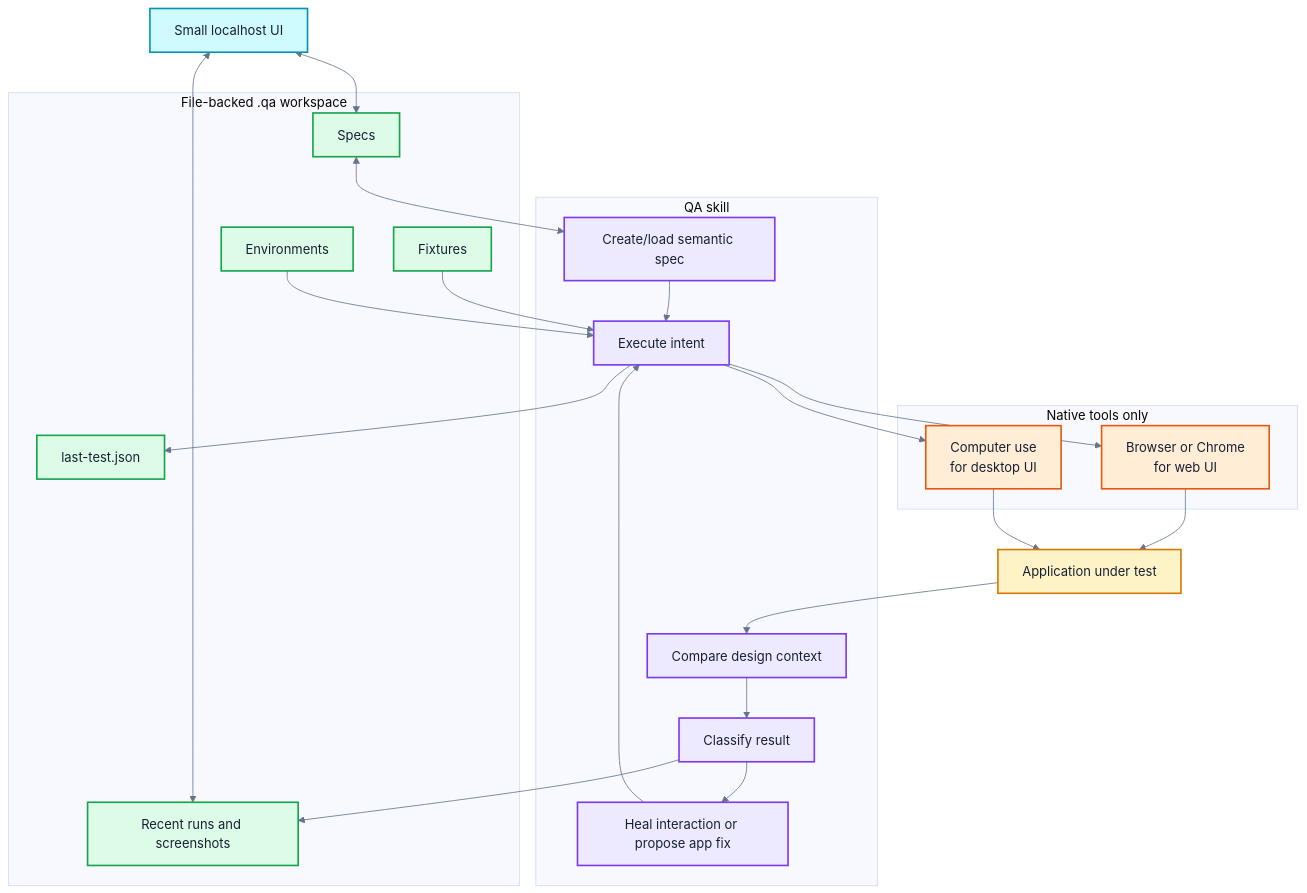
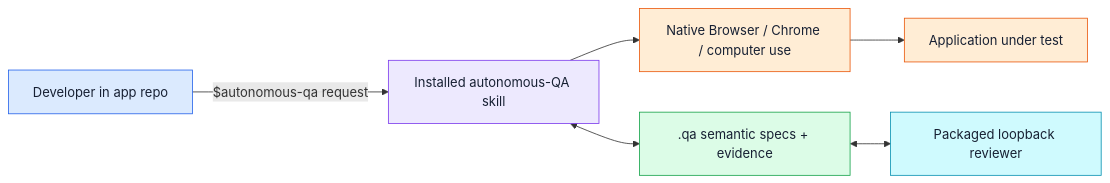
One commit to sudip-mondal-2002/Automated-QA changed the diagram in README.md. Above: the diagram before and after it, drawn with Mermaid. The commit also changed other lines of this file and 71 other files, not shown here.

````diff
--- a/README.md
+++ b/README.md
@@ -140,54 +177,19 @@
 ```mermaid
-%%{init: {"theme":"base","themeVariables":{"fontFamily":"Inter, ui-sans-serif, system-ui","lineColor":"#64748B","primaryTextColor":"#172033"}}}%%
-flowchart TB
-    subgraph SKILL[QA skill]
-        PLAN["Create/load semantic spec"]
-        RUN["Execute intent"]
-        DESIGN["Compare design context"]
-        CLASSIFY["Classify result"]
-        REPAIR["Heal interaction or propose app fix"]
-    end
+flowchart LR
+    DEV["Developer in app repo"] -->|"$autonomous-qa request"| SKILL["Installed autonomous-QA skill"]
+    SKILL --> APP["Native Browser / Chrome / computer use"]
+    APP --> TARGET["Application under test"]
+    SKILL <--> FILES[".qa semantic specs + evidence"]
+    FILES <--> UI["Packaged loopback reviewer"]
 
-    subgraph NATIVE[Native tools only]
-        WEB["Browser or Chrome\nfor web UI"]
-        DESKTOP["Computer use\nfor desktop UI"]
-    end
-
-    subgraph WORKSPACE[File-backed .qa workspace]
-        SPECS["Specs"]
-        FIXTURES["Fixtures"]
-        ENVS["Environments"]
-        LAST["last-test.json"]
-        RUNS["Recent runs and screenshots"]
-    end
-
-    UI["Small localhost UI"]
-    APP["Application under test"]
-
-    PLAN --> RUN
-    RUN --> WEB
-    RUN --> DESKTOP
-    WEB --> APP
-    DESKTOP --> APP
-    APP --> DESIGN --> CLASSIFY --> REPAIR
-    REPAIR --> RUN
-    SPECS <--> PLAN
-    FIXTURES --> RUN
-    ENVS --> RUN
-    RUN --> LAST
-    CLASSIFY --> RUNS
-    UI <--> SPECS
-    UI <--> RUNS
-
-    classDef skill fill:#EDE9FE,stroke:#7C3AED,color:#172033,stroke-width:2px;
-    classDef native fill:#FFEDD5,stroke:#EA580C,color:#172033,stroke-width:2px;
-    classDef store fill:#DCFCE7,stroke:#16A34A,color:#172033,stroke-width:2px;
-    classDef ui fill:#CFFAFE,stroke:#0891B2,color:#172033,stroke-width:2px;
-    classDef app fill:#FEF3C7,stroke:#D97706,color:#172033,stroke-width:2px;
-
-    class PLAN,RUN,DESIGN,CLASSIFY,REPAIR skill;
-    class WEB,DESKTOP native;
-    class SPECS,FIXTURES,ENVS,LAST,RUNS store;
+    classDef dev fill:#DBEAFE,stroke:#2563EB,color:#172033;
+    classDef skill fill:#EDE9FE,stroke:#7C3AED,color:#172033;
+    classDef native fill:#FFEDD5,stroke:#EA580C,color:#172033;
+    classDef files fill:#DCFCE7,stroke:#16A34A,color:#172033;
+    classDef ui fill:#CFFAFE,stroke:#0891B2,color:#172033;
+    class DEV dev;
+    class SKILL skill;
+    class APP,TARGET native;
+    class FILES files;
     class UI ui;
-    class APP app;
 ```
````
